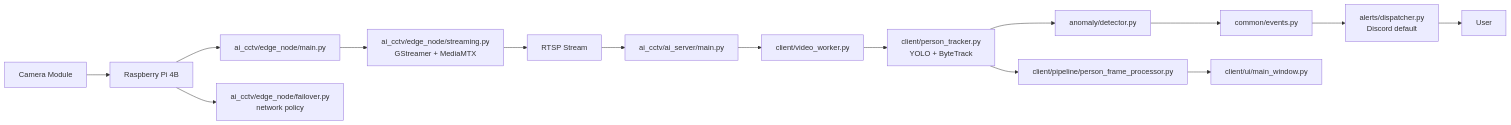
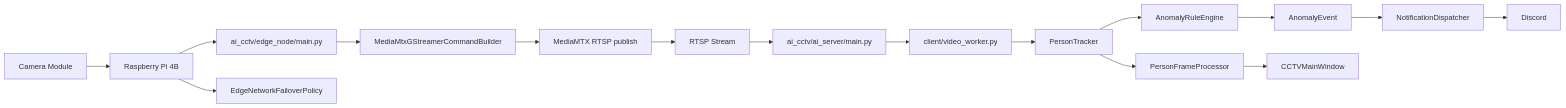
One commit to taegyu-heo-bigstar/AI_CCTV changed the first of 2 diagrams in inst/flow.md. Above: the diagram before and after it, drawn with Mermaid. The commit also changed other lines of this file and 30 other files, not shown here.

````diff
--- a/inst/flow.md
+++ b/inst/flow.md
@@ -48,17 +46,18 @@
 ```mermaid
 flowchart LR
     Camera["Camera Module"] --> Pi["Raspberry Pi 4B"]
     Pi --> EdgeMain["ai_cctv/edge_node/main.py"]
-    EdgeMain --> GStreamer["ai_cctv/edge_node/streaming.py<br/>GStreamer + MediaMTX"]
-    Pi --> Failover["ai_cctv/edge_node/failover.py<br/>network policy"]
-    GStreamer --> RTSP["RTSP Stream"]
+    EdgeMain --> StreamBuilder["MediaMtxGStreamerCommandBuilder"]
+    Pi --> Failover["EdgeNetworkFailoverPolicy"]
+    StreamBuilder --> MediaMTX["MediaMTX RTSP publish"]
+    MediaMTX --> RTSP["RTSP Stream"]
     RTSP --> Windows["ai_cctv/ai_server/main.py"]
     Windows --> VideoWorker["client/video_worker.py"]
-    VideoWorker --> Tracker["client/person_tracker.py<br/>YOLO + ByteTrack"]
-    Tracker --> Processor["client/pipeline/person_frame_processor.py"]
-    Tracker --> Anomaly["anomaly/detector.py"]
-    Anomaly --> CommonEvent["common/events.py"]
-    CommonEvent --> Alerts["alerts/dispatcher.py<br/>Discord default"]
-    Alerts --> User["User"]
-    Processor --> GUI["client/ui/main_window.py"]
+    VideoWorker --> Tracker["PersonTracker"]
+    Tracker --> Processor["PersonFrameProcessor"]
+    Tracker --> RuleEngine["AnomalyRuleEngine"]
+    RuleEngine --> Event["AnomalyEvent"]
+    Event --> Dispatcher["NotificationDispatcher"]
+    Dispatcher --> Discord["Discord"]
+    Processor --> GUI["CCTVMainWindow"]
 ```
````
